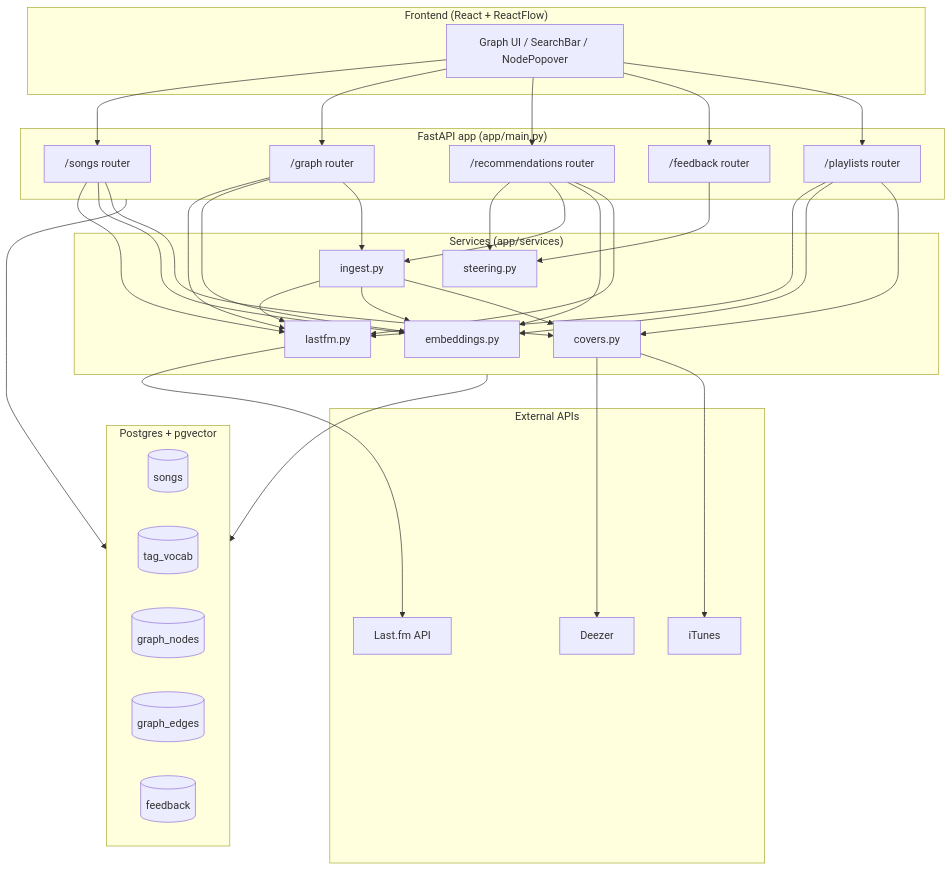
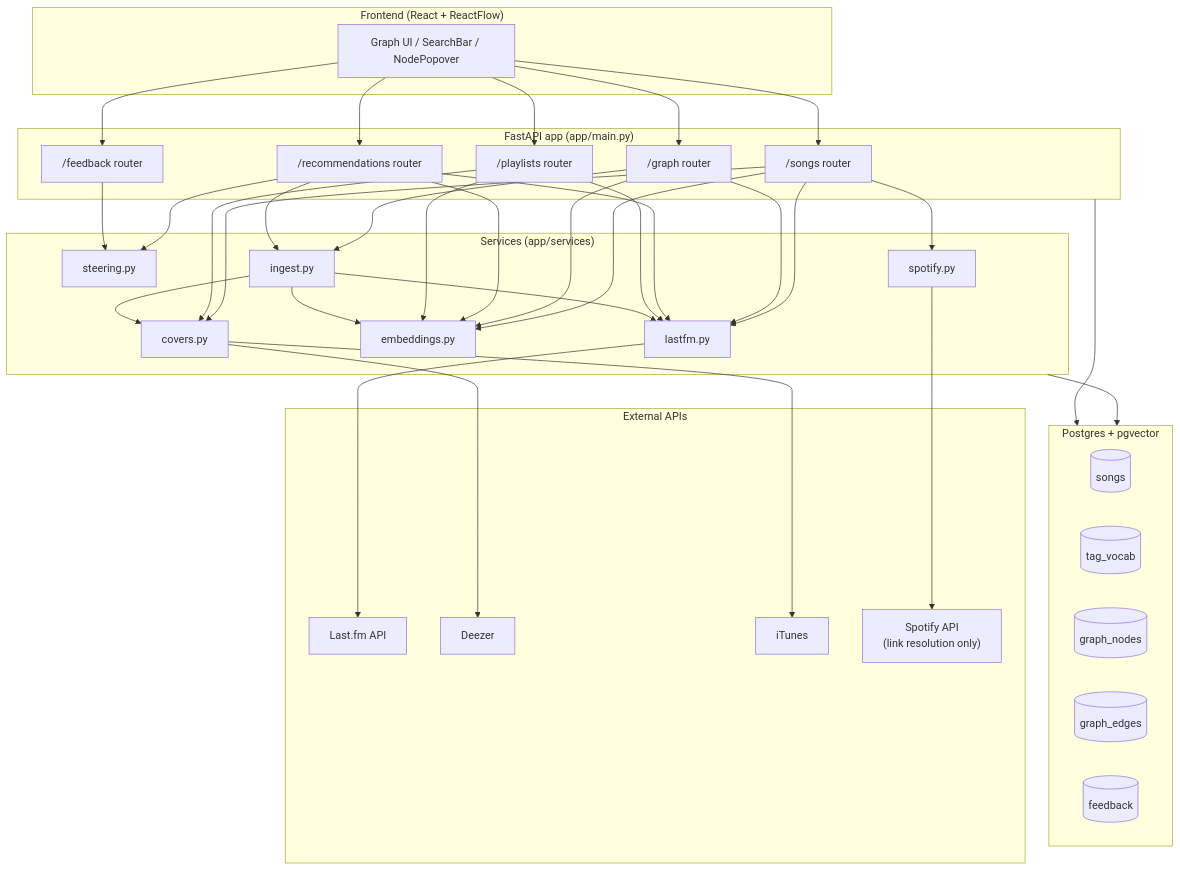
The first of 13 diagrams in ARCHITECTURE.md (pedro-boudoux/discover), drawn with Mermaid before and after one commit. The commit also changed other lines of this file, not shown here.

First line of the commit message:
Sync ARCHITECTURE.md with current code

````diff
--- a/ARCHITECTURE.md
+++ b/ARCHITECTURE.md
@@ -30,51 +37,54 @@
 ```mermaid
 graph TB
     subgraph client["Frontend (React + ReactFlow)"]
         UI["Graph UI / SearchBar / NodePopover"]
     end
 
     subgraph api["FastAPI app (app/main.py)"]
         R_songs["/songs router"]
         R_graph["/graph router"]
         R_recs["/recommendations router"]
         R_fb["/feedback router"]
         R_pl["/playlists router"]
     end
 
     subgraph svc["Services (app/services)"]
         S_lastfm["lastfm.py"]
         S_emb["embeddings.py"]
         S_steer["steering.py"]
         S_ingest["ingest.py"]
         S_covers["covers.py"]
+        S_spotify["spotify.py"]
     end
 
     subgraph data["Postgres + pgvector"]
         T_songs[("songs")]
         T_vocab[("tag_vocab")]
         T_nodes[("graph_nodes")]
         T_edges[("graph_edges")]
         T_fb[("feedback")]
     end
 
     subgraph ext["External APIs"]
         E_lastfm["Last.fm API"]
         E_deezer["Deezer"]
         E_itunes["iTunes"]
+        E_spotify["Spotify API<br/>(link resolution only)"]
     end
 
     UI --> R_songs & R_graph & R_recs & R_fb & R_pl
 
-    R_songs --> S_lastfm & S_emb & S_covers
+    R_songs --> S_lastfm & S_emb & S_covers & S_spotify
     R_graph --> S_lastfm & S_emb & S_ingest
     R_recs --> S_steer & S_ingest & S_emb & S_lastfm
     R_fb --> S_steer
     R_pl --> S_lastfm & S_emb & S_covers
 
     S_lastfm --> E_lastfm
     S_covers --> E_deezer & E_itunes
+    S_spotify --> E_spotify
     S_ingest --> S_lastfm & S_emb & S_covers
 
     svc --> data
     api --> data
 ```
````
